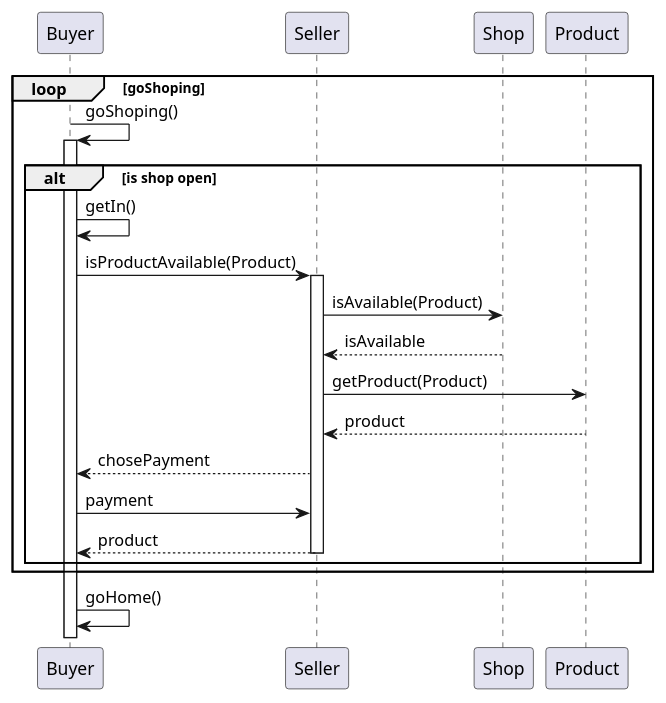
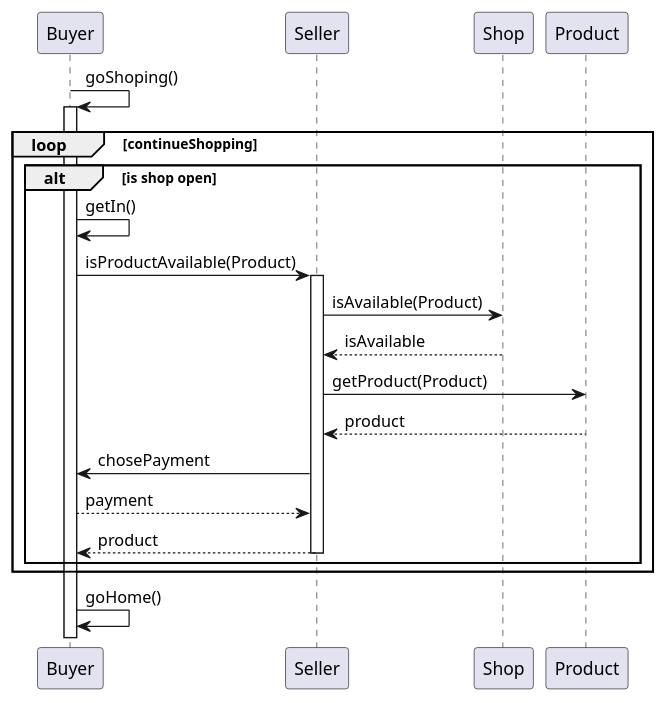
The diagram in 05.11.2023/shopSequenceDiagram.plantuml (Yanes0202/ProgramowanieObiektowe), drawn with PlantUML before and after one commit.

Commit message:
corrections

```diff
--- a/05.11.2023/shopSequenceDiagram.plantuml
+++ b/05.11.2023/shopSequenceDiagram.plantuml
@@ -1,26 +1,27 @@
 @startuml Shop Sequence Diagram
 participant Buyer
 participant Seller
 participant Shop
 participant Product
 
-loop goShoping
 Buyer -> Buyer : goShoping()
 activate Buyer
+
+loop continueShopping
 
 alt is shop open
 Buyer -> Buyer : getIn()
 Buyer -> Seller : isProductAvailable(Product)
 activate Seller
 Seller -> Shop : isAvailable(Product)
 Shop --> Seller : isAvailable
 Seller -> Product : getProduct(Product)
 Product --> Seller : product
-Seller --> Buyer : chosePayment
-Buyer -> Seller : payment
+Seller -> Buyer : chosePayment
+Buyer --> Seller : payment
 Seller --> Buyer : product
 deactivate Seller
 end
 end
 Buyer -> Buyer : goHome()
 @enduml
```
